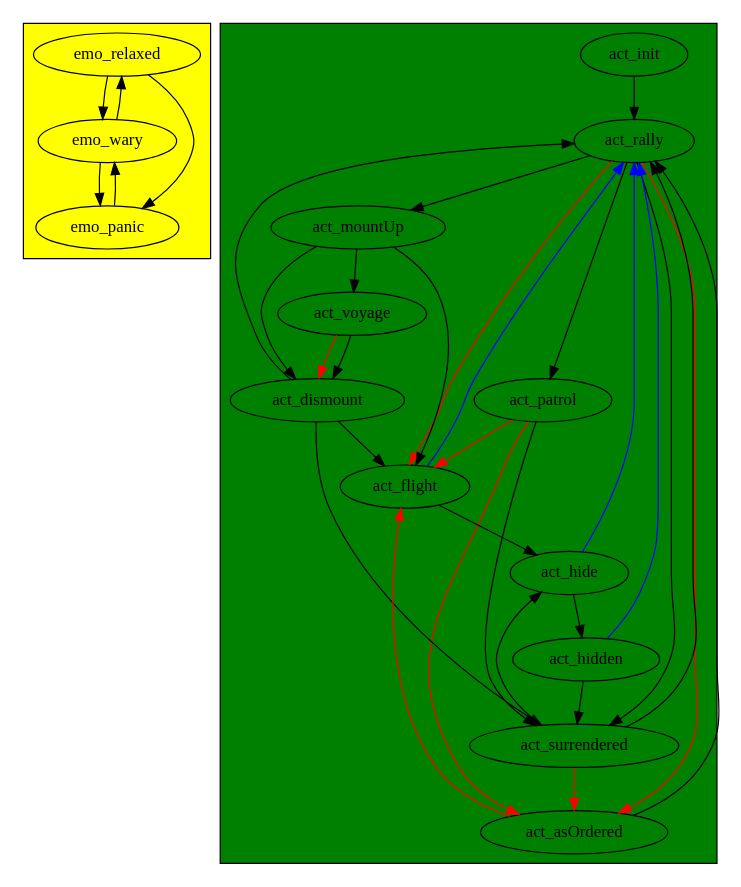
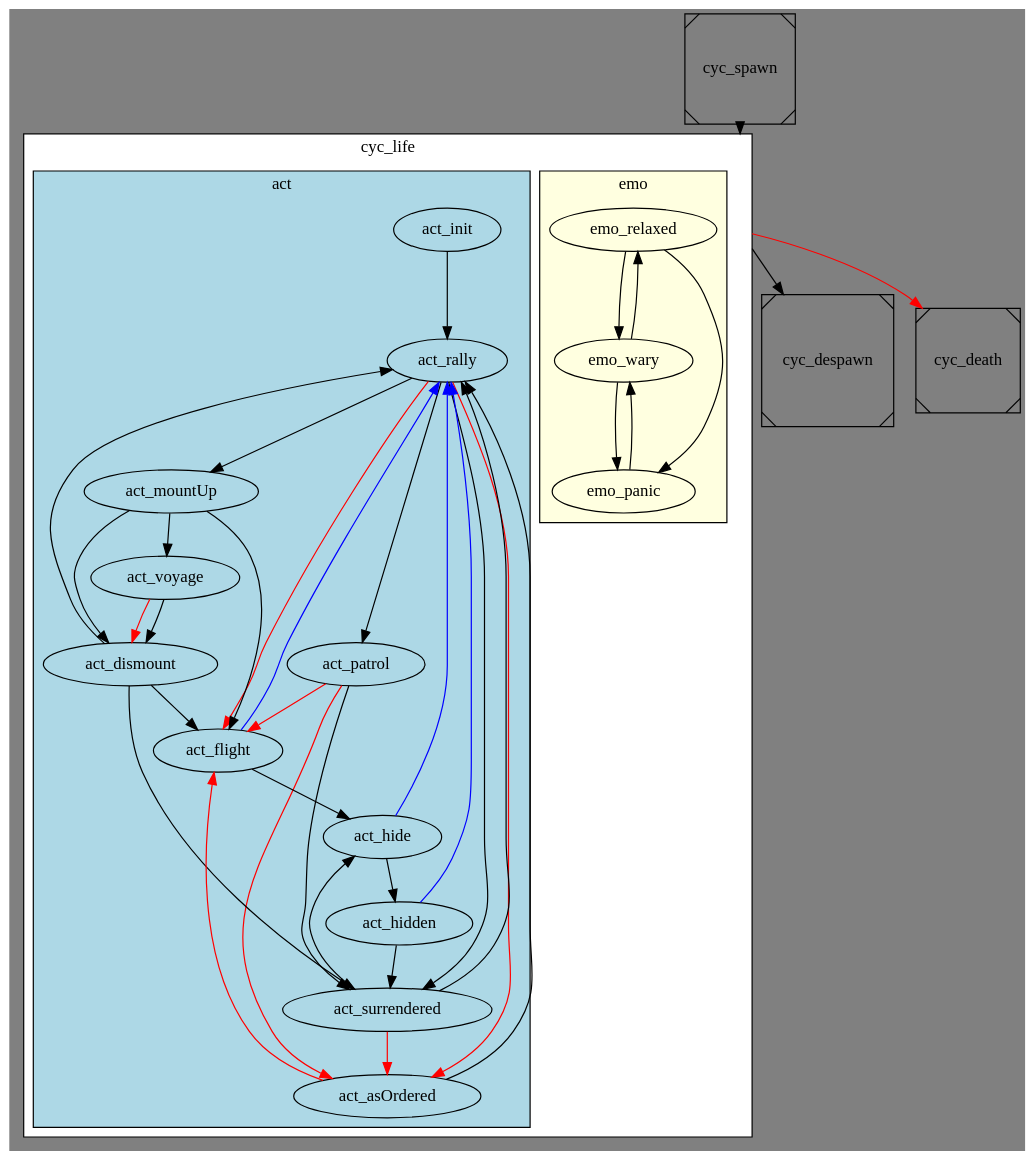
Before and after one commit to gruppe-adler/grad_civs: the diagram in docs/states.gv, drawn with Graphviz. The commit also changed 14 other files, not shown here.

```diff
--- a/docs/states.gv
+++ b/docs/states.gv
@@ -1,42 +1,59 @@
-digraph civs {
+digraph lifecycle {
+    bgcolor="gray";
     compound=true;
 
-    subgraph cluster_emotions {
-        clusterrank="local";
-        bgcolor="yellow";
-        emo_relaxed -> emo_wary;
-        {emo_wary, emo_relaxed} -> emo_panic;
-        emo_panic -> emo_wary -> emo_relaxed;
+    subgraph cluster_life {
+        bgcolor="white";
+        shape="Msquare";
+        label="cyc_life";
+        cluster_life_node [shape=point style=invis];
+
+        subgraph cluster_emotions {
+            bgcolor="lightyellow";
+            label="emo";
+            emo_relaxed -> emo_wary;
+            {emo_wary, emo_relaxed} -> emo_panic;
+            emo_panic -> emo_wary -> emo_relaxed;
+        }
+
+        subgraph cluster_activities {
+            bgcolor="lightblue";
+            label="act";
+            act_rally -> act_patrol;
+            act_rally -> act_mountUp;
+            act_mountUp -> act_voyage;
+            act_mountUp -> act_dismount;
+
+            act_flight -> act_hide;
+            act_hide -> act_hidden;
+
+            {act_hidden, act_rally, act_patrol, act_dismount} -> act_surrendered;
+            {act_rally, act_patrol, act_asOrdered} -> act_flight [color=red];
+
+            act_voyage -> act_dismount [color=red]; # panic event
+            act_voyage -> act_dismount;
+
+            act_dismount -> act_flight;
+            act_mountUp -> act_flight;
+
+            {act_flight, act_hide, act_hidden} -> act_rally [color=blue] #de-panic event
+
+            {act_init, act_dismount, act_surrendered} -> act_rally;
+
+            act_surrendered -> act_hide;
+
+            {act_rally, act_patrol, act_surrendered} -> act_asOrdered [color=red];
+
+            act_asOrdered -> act_rally;
+        }
+
     }
 
-    subgraph cluster_activities {
-        bgcolor="green";
-        act_rally -> act_patrol;
-        act_rally -> act_mountUp;
-        act_mountUp -> act_voyage;
-        act_mountUp -> act_dismount;
+    cyc_spawn [shape=Msquare];
+    cyc_despawn [shape=Msquare];
+    cyc_death [shape=Msquare];
 
-        act_flight -> act_hide;
-        act_hide -> act_hidden;
-
-        {act_hidden, act_rally, act_patrol, act_dismount} -> act_surrendered;
-        {act_rally, act_patrol, act_asOrdered} -> act_flight [color=red];
-
-        act_voyage -> act_dismount [color=red]; # panic event
-        act_voyage -> act_dismount;
-
-        act_dismount -> act_flight;
-        act_mountUp -> act_flight;
-
-        {act_flight, act_hide, act_hidden} -> act_rally [color=blue] #de-panic event
-
-        {act_init, act_dismount, act_surrendered} -> act_rally;
-
-        act_surrendered -> act_hide;
-
-        {act_rally, act_patrol, act_surrendered} -> act_asOrdered [color=red];
-
-        act_asOrdered -> act_rally
-    }
+    cyc_spawn -> cluster_life_node [lhead=cluster_life];
+    cluster_life_node -> cyc_despawn [ltail=cluster_life];
+    cluster_life_node -> cyc_death [ltail=cluster_life color=red];
 }
-<
```
